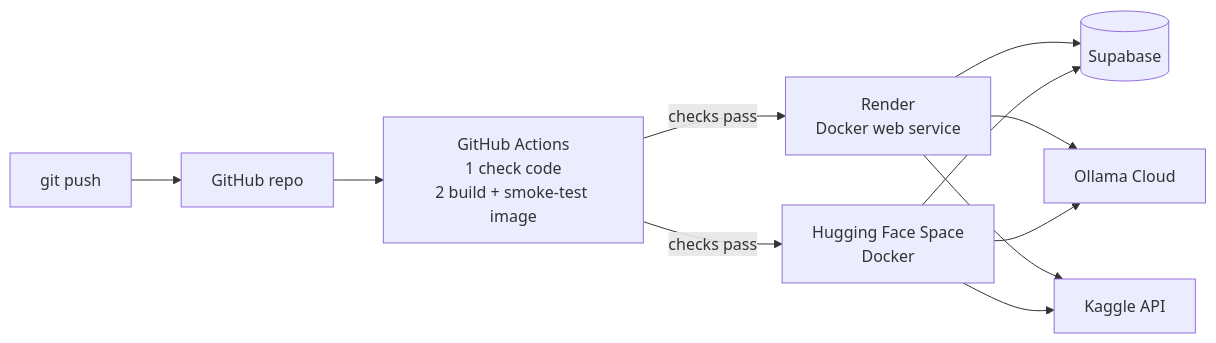
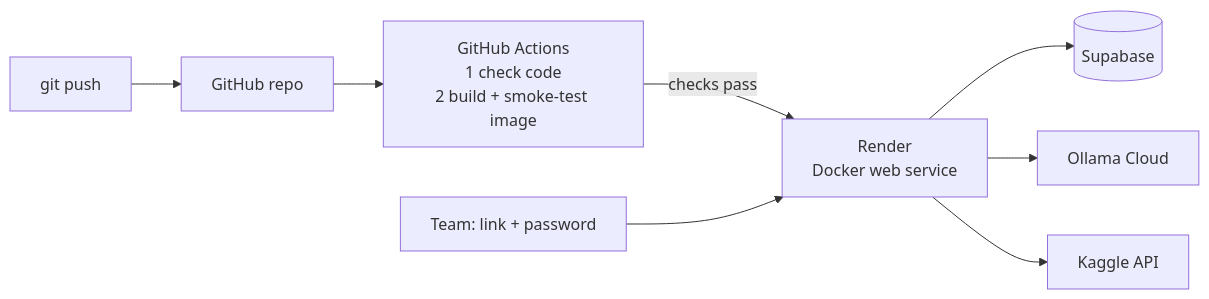
Before and after one commit to BaranikumarNagarajan/NexusAI: the diagram in docs/8-deployment.md, drawn with Mermaid. The commit also changed other lines of this file and 3 other files, not shown here.

````diff
--- a/docs/8-deployment.md
+++ b/docs/8-deployment.md
@@ -9,13 +10,10 @@
 ```mermaid
 flowchart LR
     Dev[git push] --> GH[GitHub repo]
     GH --> CI[GitHub Actions<br/>1 check code<br/>2 build + smoke-test image]
     CI -- checks pass --> R[Render<br/>Docker web service]
-    CI -- checks pass --> HF[Hugging Face Space<br/>Docker]
     R --> S[(Supabase)]
     R --> O[Ollama Cloud]
     R --> K[Kaggle API]
-    HF --> S
-    HF --> O
-    HF --> K
+    T[Team: link + password] --> R
 ```
````
